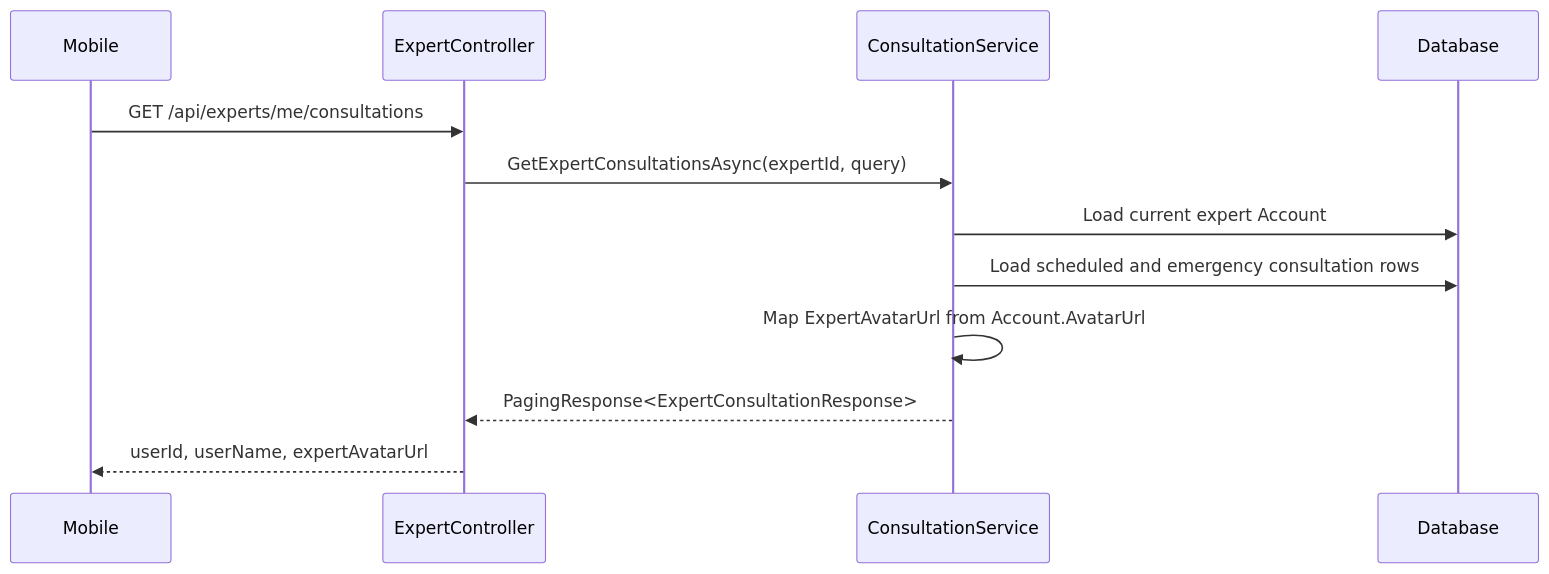
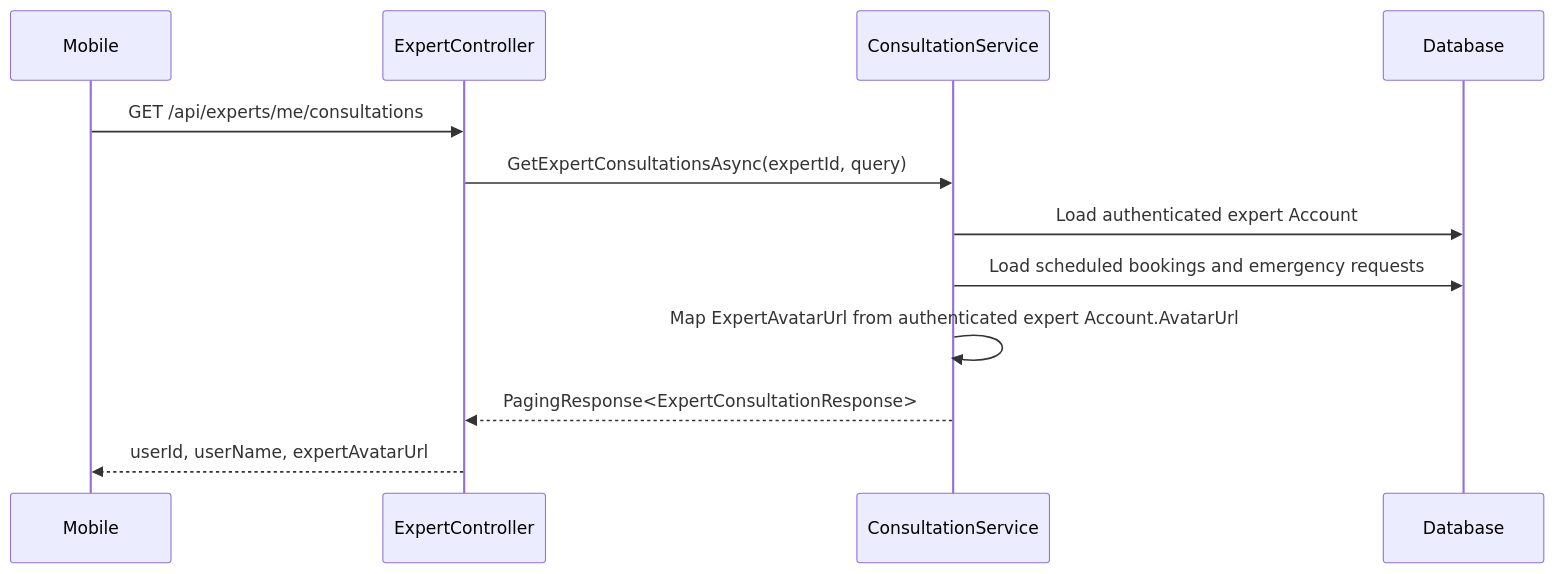
One commit to Snake-AID/SnakeAid.Docs changed the fourth of 5 diagrams in Docs/05-Backend/02-layers/expert-avatar/expert-avatar.sourcecode.md. Above: the diagram before and after it, drawn with Mermaid. The commit also changed other lines of this file and 4 other files, not shown here.

First line of the commit message:
docs(backend): amend expert-avatar response contract

````diff
--- a/Docs/05-Backend/02-layers/expert-avatar/expert-avatar.sourcecode.md
+++ b/Docs/05-Backend/02-layers/expert-avatar/expert-avatar.sourcecode.md
@@ -70,15 +86,15 @@
 ```mermaid
 sequenceDiagram
 participant M as Mobile
 participant C as ExpertController
 participant S as ConsultationService
 participant DB as Database
 
 M->>C: GET /api/experts/me/consultations
 C->>S: GetExpertConsultationsAsync(expertId, query)
-S->>DB: Load current expert Account
-S->>DB: Load scheduled and emergency consultation rows
-S->>S: Map ExpertAvatarUrl from Account.AvatarUrl
+S->>DB: Load authenticated expert Account
+S->>DB: Load scheduled bookings and emergency requests
+S->>S: Map ExpertAvatarUrl from authenticated expert Account.AvatarUrl
 S-->>C: PagingResponse<ExpertConsultationResponse>
 C-->>M: userId, userName, expertAvatarUrl
 ```
````
